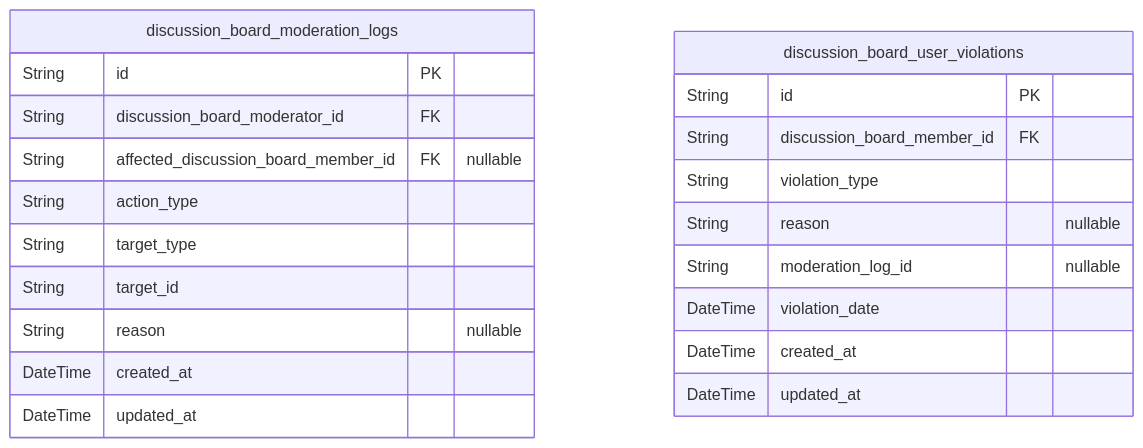
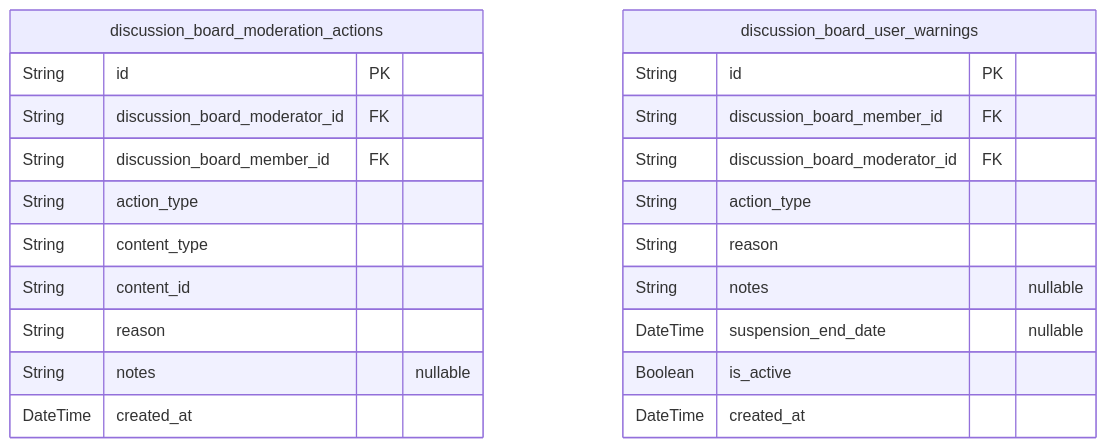
Before and after one commit to wrtnlabs/autobe-examples: the sixth of 7 diagrams in anthropic/claude-haiku-4.5/bbs/docs/ERD.md, drawn with Mermaid. The commit also changed other lines of this file and 22498 other files, not shown here.

````diff
--- a/anthropic/claude-haiku-4.5/bbs/docs/ERD.md
+++ b/anthropic/claude-haiku-4.5/bbs/docs/ERD.md
@@ -528,24 +820,25 @@
 ```mermaid
 erDiagram
-"discussion_board_moderation_logs" {
+"discussion_board_moderation_actions" {
   String id PK
   String discussion_board_moderator_id FK
-  String affected_discussion_board_member_id FK "nullable"
+  String discussion_board_member_id FK
   String action_type
-  String target_type
-  String target_id
-  String reason "nullable"
+  String content_type
+  String content_id
+  String reason
+  String notes "nullable"
   DateTime created_at
-  DateTime updated_at
 }
-"discussion_board_user_violations" {
+"discussion_board_user_warnings" {
   String id PK
   String discussion_board_member_id FK
-  String violation_type
-  String reason "nullable"
-  String moderation_log_id "nullable"
-  DateTime violation_date
+  String discussion_board_moderator_id FK
+  String action_type
+  String reason
+  String notes "nullable"
+  DateTime suspension_end_date "nullable"
+  Boolean is_active
   DateTime created_at
-  DateTime updated_at
 }
 ```
````
